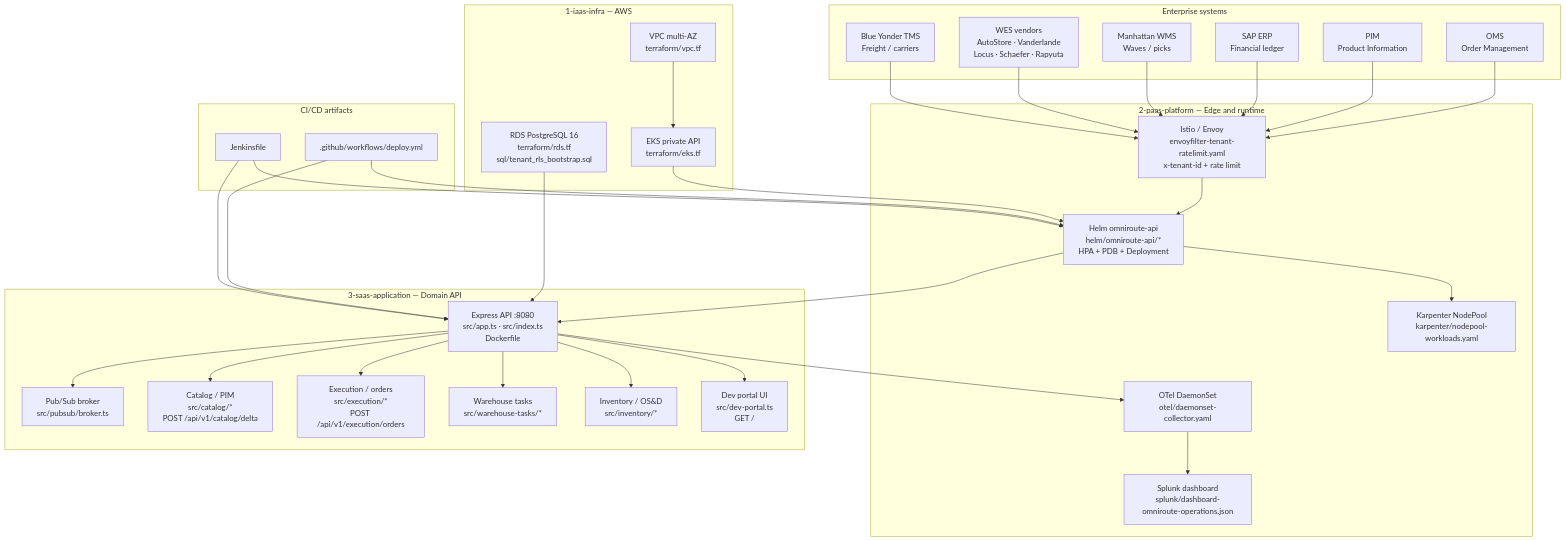
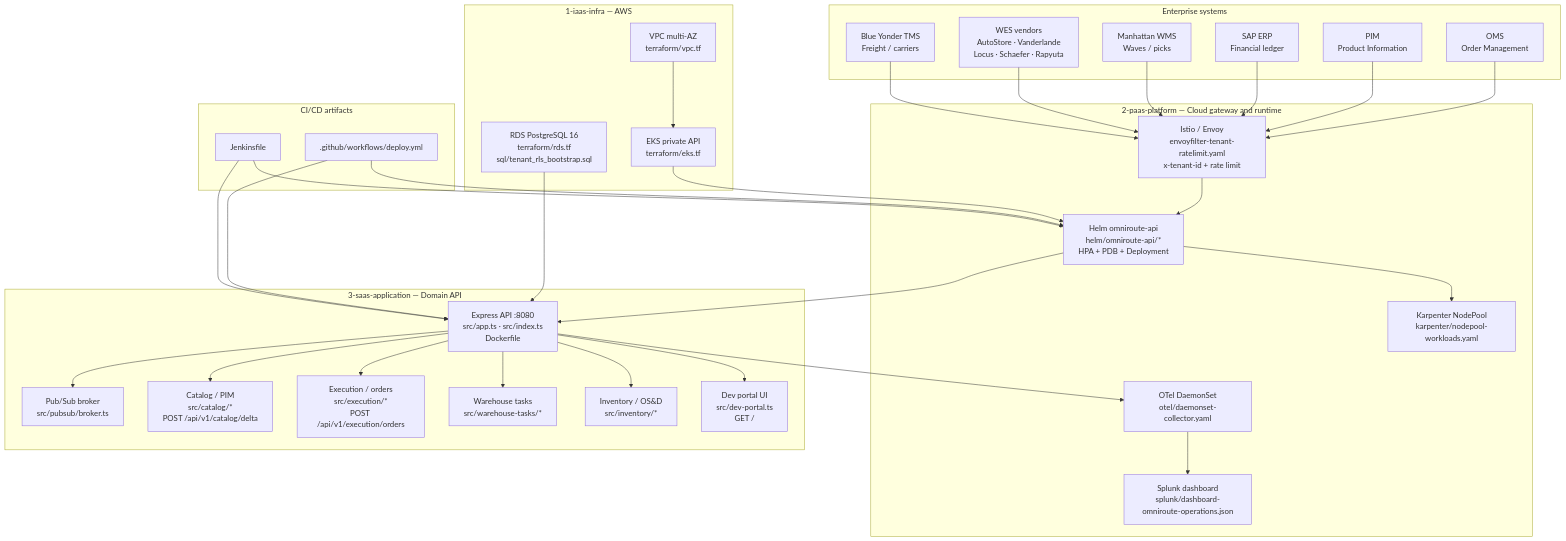
Before and after one commit to bharat2476/Integration: the fourth of 10 diagrams in README.md, drawn with Mermaid. The commit also changed other lines of this file, not shown here.

Commit message:
Global vs edge topology, shared resources

````diff
--- a/README.md
+++ b/README.md
@@ -15,53 +162,53 @@
 ```mermaid
 flowchart TB
   subgraph clients [Enterprise systems]
     OMS[OMS\nOrder Management]
     PIM[PIM\nProduct Information]
     SAP[SAP ERP\nFinancial ledger]
     MHT[Manhattan WMS\nWaves / picks]
     WES[WES vendors\nAutoStore · Vanderlande\nLocus · Schaefer · Rapyuta]
     TMS[Blue Yonder TMS\nFreight / carriers]
   end
 
-  subgraph edge [2-paas-platform — Edge and runtime]
+  subgraph paas [2-paas-platform — Cloud gateway and runtime]
     GW["Istio / Envoy\nenvoyfilter-tenant-ratelimit.yaml\nx-tenant-id + rate limit"]
     HELM["Helm omniroute-api\nhelm/omniroute-api/*\nHPA + PDB + Deployment"]
     OTEL["OTel DaemonSet\notel/daemonset-collector.yaml"]
     SPL["Splunk dashboard\nsplunk/dashboard-omniroute-operations.json"]
     KARP["Karpenter NodePool\nkarpenter/nodepool-workloads.yaml"]
   end
 
   subgraph saas [3-saas-application — Domain API]
     API["Express API :8080\nsrc/app.ts · src/index.ts\nDockerfile"]
     PS["Pub/Sub broker\nsrc/pubsub/broker.ts"]
     CAT["Catalog / PIM\nsrc/catalog/*\nPOST /api/v1/catalog/delta"]
     EXE["Execution / orders\nsrc/execution/*\nPOST /api/v1/execution/orders"]
     WH["Warehouse tasks\nsrc/warehouse-tasks/*"]
     INV["Inventory / OS&D\nsrc/inventory/*"]
     PORTAL["Dev portal UI\nsrc/dev-portal.ts\nGET /"]
   end
 
   subgraph iaas [1-iaas-infra — AWS]
     VPC["VPC multi-AZ\nterraform/vpc.tf"]
     EKS["EKS private API\nterraform/eks.tf"]
     RDS["RDS PostgreSQL 16\nterraform/rds.tf\nsql/tenant_rls_bootstrap.sql"]
   end
 
   subgraph cicd [CI/CD artifacts]
     GHA[".github/workflows/deploy.yml"]
     JEN["Jenkinsfile"]
   end
 
   OMS & PIM & SAP & MHT & WES & TMS --> GW
   GW --> HELM --> API
   API --> PS
   API --> CAT & EXE & WH & INV
   API --> PORTAL
   HELM --> KARP
   EKS --> HELM
   VPC --> EKS
   RDS --> API
   API --> OTEL --> SPL
   GHA & JEN --> HELM
   GHA & JEN --> API
 ```
````
